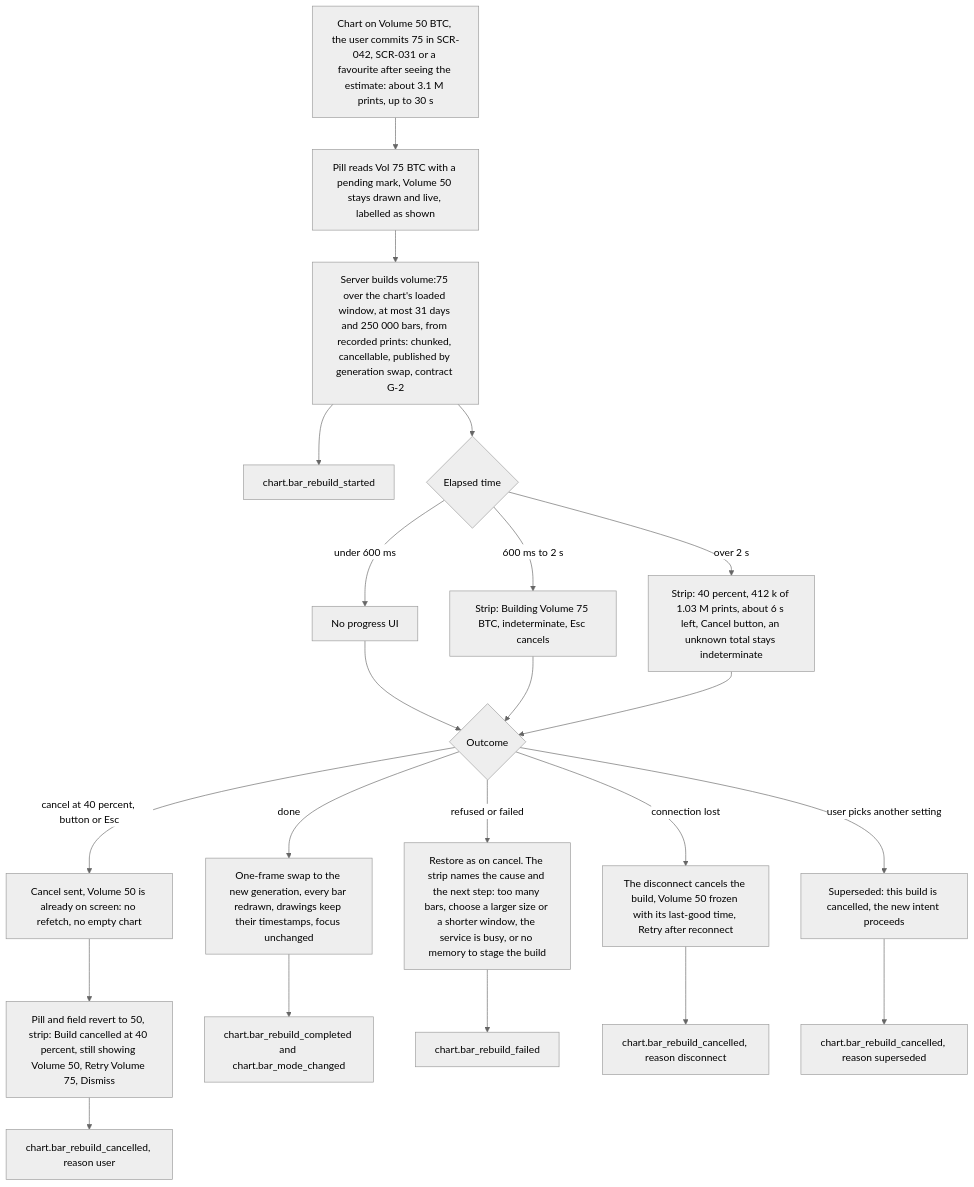
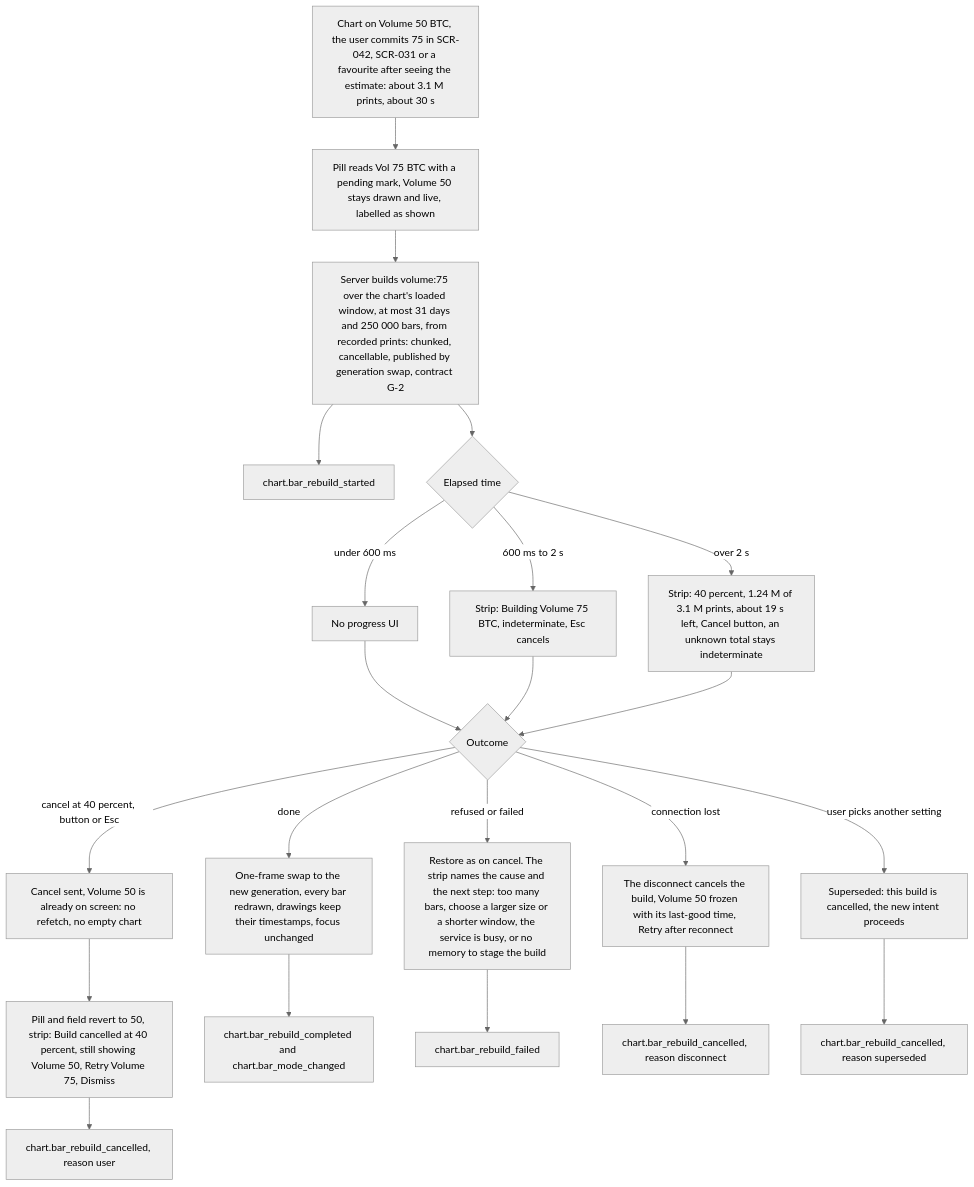
Before and after one commit to CandleViewer/CandleViewer: diagram 28 of 30 in docs/plan/13-user-flows.md, drawn with Mermaid (neutral theme). The commit also changed 2 other files, not shown here.

Commit message:
docs(chart-engine): keep the E12-D02 build example consistent across frames
E12-D02 (#200), review round 1: the editor's estimate (a 3-day window of about 3.1 M prints,
about 30 s at the 10 s per 1 M prints budget) now matches the progress the strip, F-BAR-3
and the SCR-030 matrix show for the same build (40 %, 1.24 M of 3.1 M prints, about 19 s
left), and the SCR-031 note says "about", not "up to".

````diff
--- a/docs/plan/13-user-flows.md
+++ b/docs/plan/13-user-flows.md
@@ -814,24 +814,24 @@
 ```mermaid
 flowchart TD
-  A3["Chart on Volume 50 BTC, the user commits 75 in SCR-042, SCR-031 or a favourite after seeing the estimate: about 3.1 M prints, up to 30 s"] --> B3["Pill reads Vol 75 BTC with a pending mark, Volume 50 stays drawn and live, labelled as shown"]
+  A3["Chart on Volume 50 BTC, the user commits 75 in SCR-042, SCR-031 or a favourite after seeing the estimate: about 3.1 M prints, about 30 s"] --> B3["Pill reads Vol 75 BTC with a pending mark, Volume 50 stays drawn and live, labelled as shown"]
   B3 --> C3["Server builds volume:75 over the chart's loaded window, at most 31 days and 250 000 bars, from recorded prints: chunked, cancellable, published by generation swap, contract G-2"]
   C3 --> V3["chart.bar_rebuild_started"]
   C3 --> D3{"Elapsed time"}
   D3 -->|under 600 ms| E3["No progress UI"]
   D3 -->|600 ms to 2 s| F3["Strip: Building Volume 75 BTC, indeterminate, Esc cancels"]
-  D3 -->|over 2 s| G3["Strip: 40 percent, 412 k of 1.03 M prints, about 6 s left, Cancel button, an unknown total stays indeterminate"]
+  D3 -->|over 2 s| G3["Strip: 40 percent, 1.24 M of 3.1 M prints, about 19 s left, Cancel button, an unknown total stays indeterminate"]
   E3 --> H3{"Outcome"}
   F3 --> H3
   G3 --> H3
   H3 -->|done| I3["One-frame swap to the new generation, every bar redrawn, drawings keep their timestamps, focus unchanged"]
   H3 -->|cancel at 40 percent, button or Esc| J3["Cancel sent, Volume 50 is already on screen: no refetch, no empty chart"]
   J3 --> K3["Pill and field revert to 50, strip: Build cancelled at 40 percent, still showing Volume 50, Retry Volume 75, Dismiss"]
   H3 -->|refused or failed| N3["Restore as on cancel. The strip names the cause and the next step: too many bars, choose a larger size or a shorter window, the service is busy, or no memory to stage the build"]
   H3 -->|connection lost| O3["The disconnect cancels the build, Volume 50 frozen with its last-good time, Retry after reconnect"]
   H3 -->|user picks another setting| P3["Superseded: this build is cancelled, the new intent proceeds"]
   I3 --> Q3["chart.bar_rebuild_completed and chart.bar_mode_changed"]
   K3 --> R3["chart.bar_rebuild_cancelled, reason user"]
   N3 --> S3["chart.bar_rebuild_failed"]
   O3 --> T3["chart.bar_rebuild_cancelled, reason disconnect"]
   P3 --> U3["chart.bar_rebuild_cancelled, reason superseded"]
 ```
````
